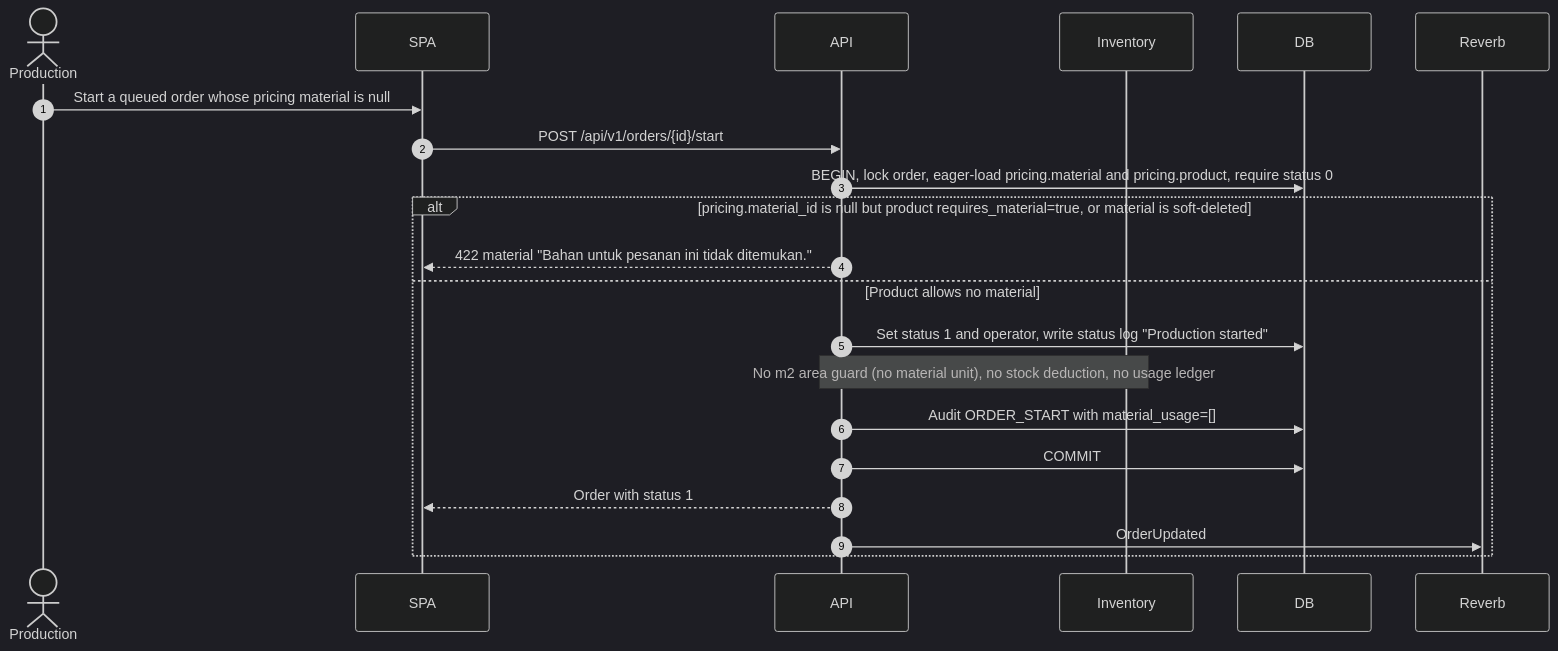
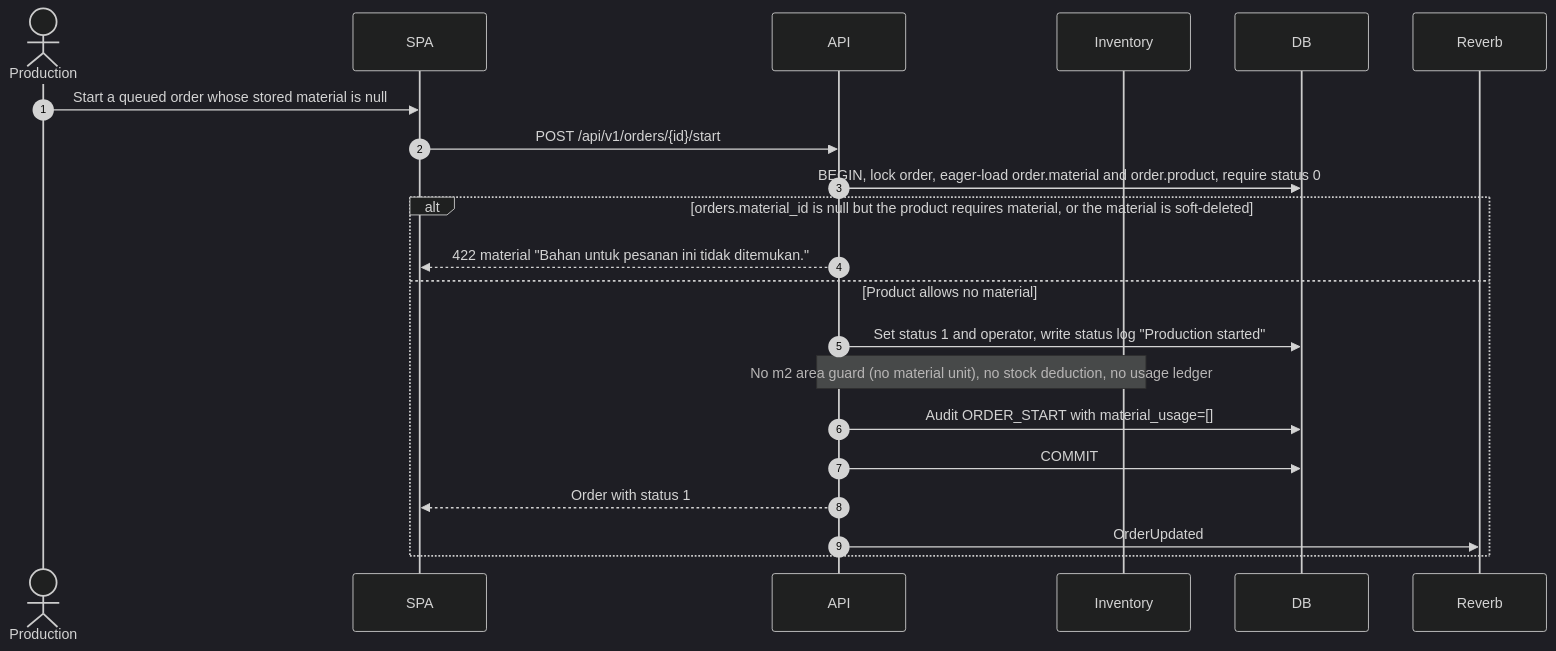
Before and after one commit to Arukast/pos_alja: diagram 23 of 32 in docs/architecture/sequence-diagrams.md, drawn with Mermaid (dark theme). The commit also changed other lines of this file and 21 other files, not shown here.

````diff
--- a/docs/architecture/sequence-diagrams.md
+++ b/docs/architecture/sequence-diagrams.md
@@ -697,24 +699,24 @@
 ```mermaid
 sequenceDiagram
     autonumber
     actor P as Production
     participant SPA
     participant API
     participant Inventory
     participant DB
     participant R as Reverb
 
-    P->>SPA: Start a queued order whose pricing material is null
+    P->>SPA: Start a queued order whose stored material is null
     SPA->>API: POST /api/v1/orders/{id}/start
-    API->>DB: BEGIN, lock order, eager-load pricing.material and pricing.product, require status 0
-    alt pricing.material_id is null but product requires_material=true, or material is soft-deleted
+    API->>DB: BEGIN, lock order, eager-load order.material and order.product, require status 0
+    alt orders.material_id is null but the product requires material, or the material is soft-deleted
         API-->>SPA: 422 material "Bahan untuk pesanan ini tidak ditemukan."
     else Product allows no material
         API->>DB: Set status 1 and operator, write status log "Production started"
         Note over API,Inventory: No m2 area guard (no material unit), no stock deduction, no usage ledger
         API->>DB: Audit ORDER_START with material_usage=[]
         API->>DB: COMMIT
         API-->>SPA: Order with status 1
         API->>R: OrderUpdated
     end
 ```
````
